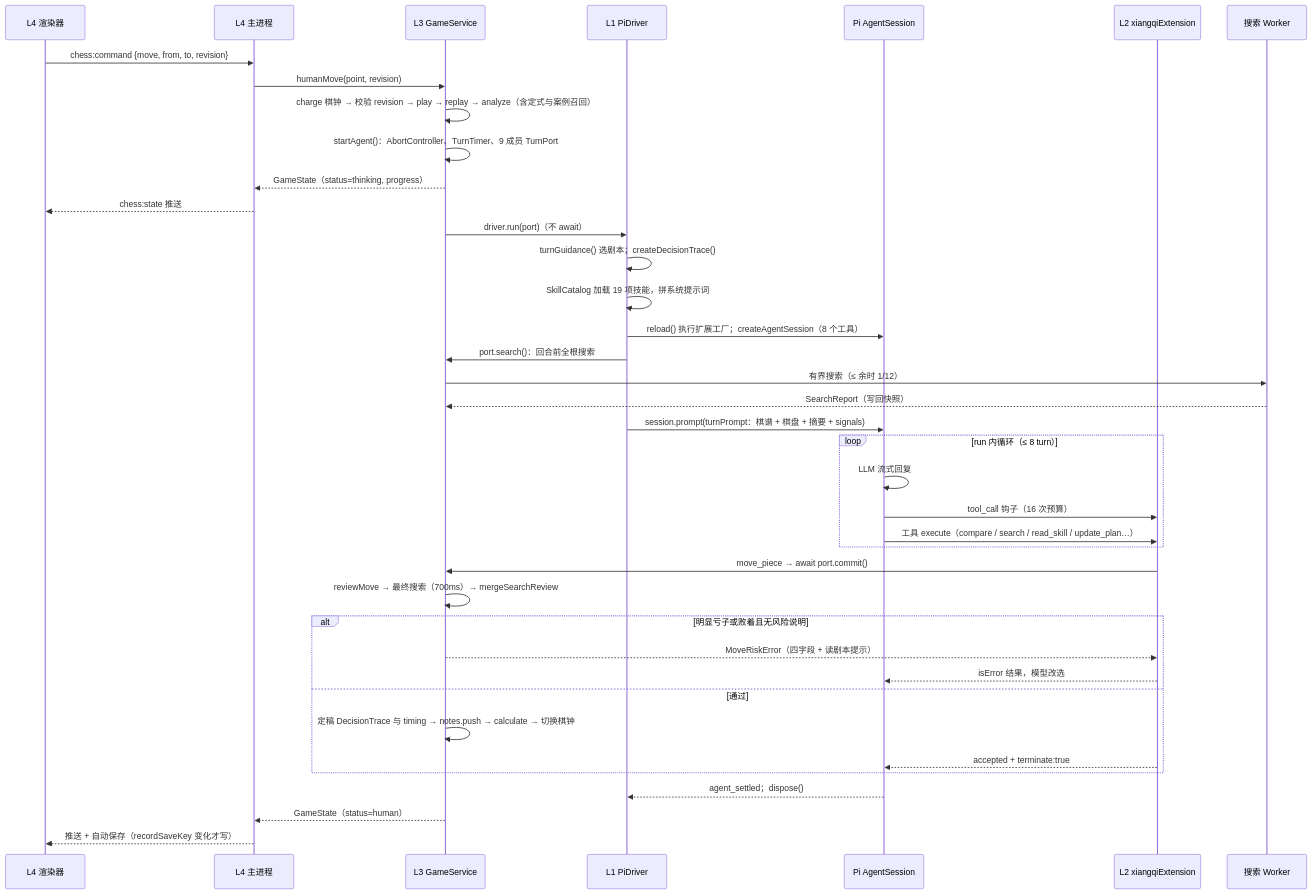
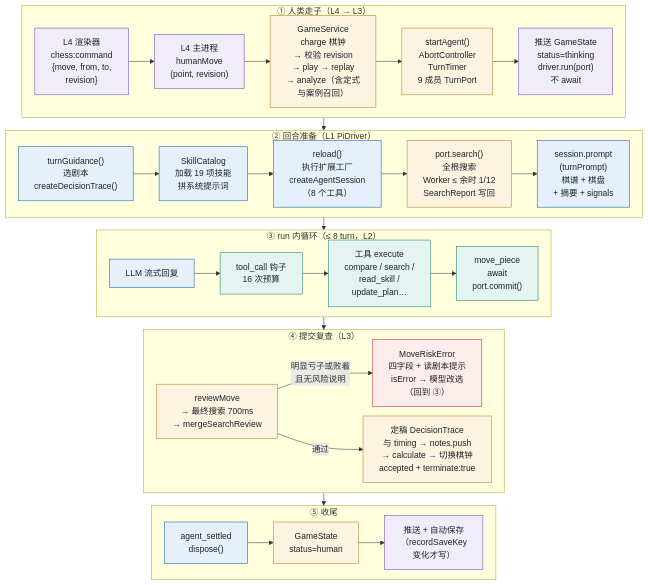
The second of 11 diagrams in apps/chinese-chess/docs/chinese-chess-whitepaper.md (aicoder2048/pi-vs-claude-code), drawn with Mermaid before and after one commit. The commit also changed other lines of this file and 2 other files, not shown here.

Commit message:
chinese-chess: redraw two whitepaper diagrams and correct two references
The end-to-end sequence (3.5) printed at half size with 7 participants, and
the settle timeline (4.5) filled a whole page with empty space on the right.
Both are now row-based flowcharts with layer colours, and the PDFs are
rebuilt with the new techdoc diagram theme.

Two references were wrong against the source: the pre-search runs after the
extension factory (pi-driver.ts:59 reload, then :97), not before it, and the
atomic-audit row pointed at section 3.4 instead of hook point 7 in 4.3.

````diff
--- a/apps/chinese-chess/docs/chinese-chess-whitepaper.md
+++ b/apps/chinese-chess/docs/chinese-chess-whitepaper.md
@@ -281,41 +281,37 @@
 ```mermaid
-sequenceDiagram
-  participant R as L4 渲染器
-  participant M as L4 主进程
-  participant S as L3 GameService
-  participant D as L1 PiDriver
-  participant P as Pi AgentSession
-  participant X as L2 xiangqiExtension
-  participant W as 搜索 Worker
-  R->>M: chess:command {move, from, to, revision}
-  M->>S: humanMove(point, revision)
-  S->>S: charge 棋钟 → 校验 revision → play → replay → analyze（含定式与案例召回）
-  S->>S: startAgent()：AbortController、TurnTimer、9 成员 TurnPort
-  S-->>M: GameState（status=thinking, progress）
-  M-->>R: chess:state 推送
-  S->>D: driver.run(port)（不 await）
-  D->>D: turnGuidance() 选剧本；createDecisionTrace()
-  D->>D: SkillCatalog 加载 19 项技能，拼系统提示词
-  D->>P: reload() 执行扩展工厂；createAgentSession（8 个工具）
-  D->>S: port.search()：回合前全根搜索
-  S->>W: 有界搜索（≤ 余时 1/12）
-  W-->>S: SearchReport（写回快照）
-  D->>P: session.prompt(turnPrompt：棋谱 + 棋盘 + 摘要 + signals)
-  loop run 内循环（≤ 8 turn）
-    P->>P: LLM 流式回复
-    P->>X: tool_call 钩子（16 次预算）
-    P->>X: 工具 execute（compare / search / read_skill / update_plan…）
+%%{init: {'flowchart': {'wrappingWidth': 700, 'htmlLabels': true, 'rankSpacing': 24, 'nodeSpacing': 18}}}%%
+flowchart TB
+  subgraph R1["① 人类走子（L4 → L3）"]
+    direction LR
+    A1["L4 渲染器<br/>chess:command<br/>{move, from, to,<br/>revision}"] --> A2["L4 主进程<br/>humanMove<br/>(point, revision)"] --> A3["GameService<br/>charge 棋钟<br/>→ 校验 revision<br/>→ play → replay<br/>→ analyze（含定式<br/>与案例召回）"] --> A4["startAgent()<br/>AbortController<br/>TurnTimer<br/>9 成员 TurnPort"] --> A5["推送 GameState<br/>status=thinking<br/>driver.run(port)<br/>不 await"]
   end
-  X->>S: move_piece → await port.commit()
-  S->>S: reviewMove → 最终搜索（700ms）→ mergeSearchReview
-  alt 明显亏子或败着且无风险说明
-    S-->>X: MoveRiskError（四字段 + 读剧本提示）
-    X-->>P: isError 结果，模型改选
-  else 通过
-    S->>S: 定稿 DecisionTrace 与 timing → notes.push → calculate → 切换棋钟
-    X-->>P: accepted + terminate:true
+  subgraph R2["② 回合准备（L1 PiDriver）"]
+    direction LR
+    B1["turnGuidance()<br/>选剧本<br/>createDecisionTrace()"] --> B2["SkillCatalog<br/>加载 19 项技能<br/>拼系统提示词"] --> B3["reload()<br/>执行扩展工厂<br/>createAgentSession<br/>（8 个工具）"] --> B4["port.search()<br/>全根搜索<br/>Worker ≤ 余时 1/12<br/>SearchReport 写回"] --> B5["session.prompt<br/>(turnPrompt)<br/>棋谱 + 棋盘<br/>+ 摘要 + signals"]
   end
-  P-->>D: agent_settled；dispose()
-  S-->>M: GameState（status=human）
-  M-->>R: 推送 + 自动保存（recordSaveKey 变化才写）
+  subgraph R3["③ run 内循环（≤ 8 turn，L2）"]
+    direction LR
+    C1["LLM 流式回复"] --> C2["tool_call 钩子<br/>16 次预算"] --> C3["工具 execute<br/>compare / search /<br/>read_skill /<br/>update_plan…"] --> C4["move_piece<br/>await<br/>port.commit()"]
+  end
+  subgraph R4["④ 提交复查（L3）"]
+    direction LR
+    C5["reviewMove<br/>→ 最终搜索 700ms<br/>→ mergeSearchReview"]
+    C5 -- "明显亏子或败着<br/>且无风险说明" --> C6["MoveRiskError<br/>四字段 + 读剧本提示<br/>isError → 模型改选<br/>（回到 ③）"]
+    C5 -- "通过" --> C7["定稿 DecisionTrace<br/>与 timing → notes.push<br/>→ calculate → 切换棋钟<br/>accepted + terminate:true"]
+  end
+  subgraph R5["⑤ 收尾"]
+    direction LR
+    D1["agent_settled<br/>dispose()"] --> D2["GameState<br/>status=human"] --> D3["推送 + 自动保存<br/>（recordSaveKey<br/>变化才写）"]
+  end
+  R1 --> R2 --> R3 --> R4 --> R5
+  classDef l1 fill:#E6F0FA,stroke:#0B5CAB,color:#1F2328
+  classDef l2 fill:#E3F4F1,stroke:#1A7F6B,color:#1F2328
+  classDef l3 fill:#FDF3E1,stroke:#B7791F,color:#1F2328
+  classDef l4 fill:#F1ECFA,stroke:#6F42C1,color:#1F2328
+  classDef warn fill:#FDECEC,stroke:#CF222E,color:#1F2328
+  class A1,A2,A5,D3 l4
+  class A3,A4,B4,C5,C7,D2 l3
+  class B1,B2,B3,B5,C1,D1 l1
+  class C2,C3,C4 l2
+  class C6 warn
 ```
````
